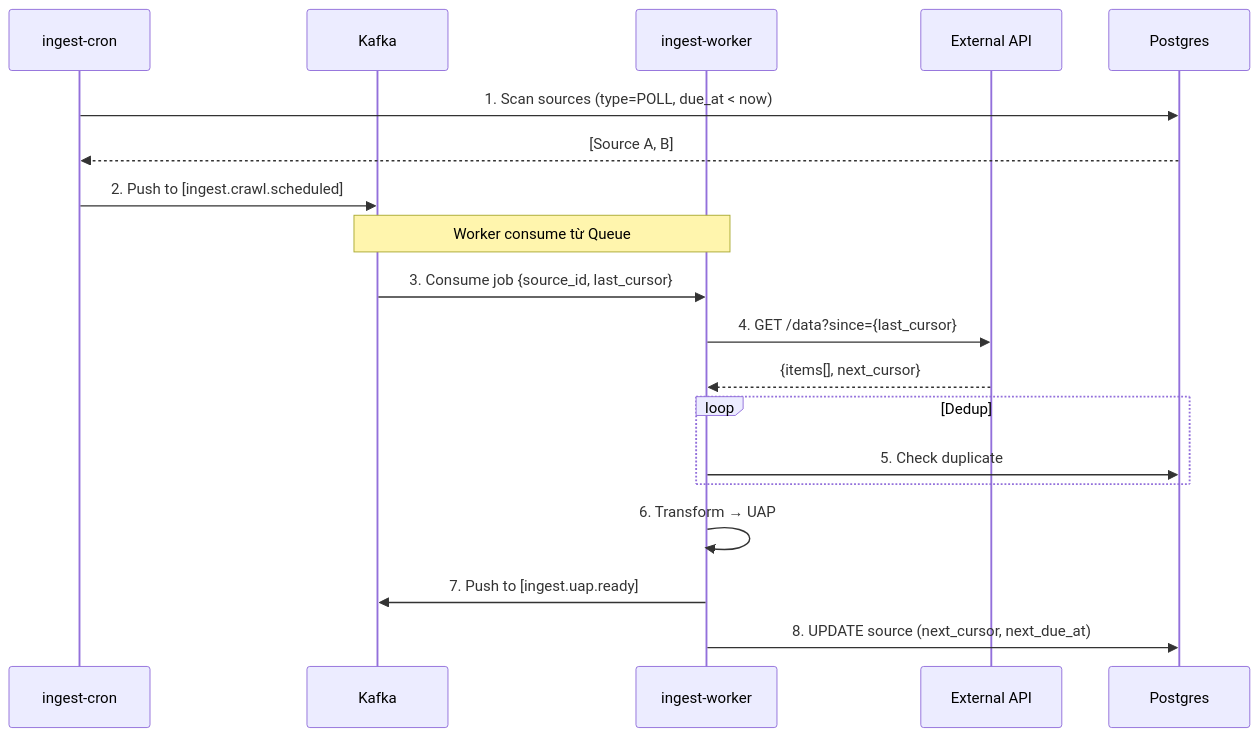
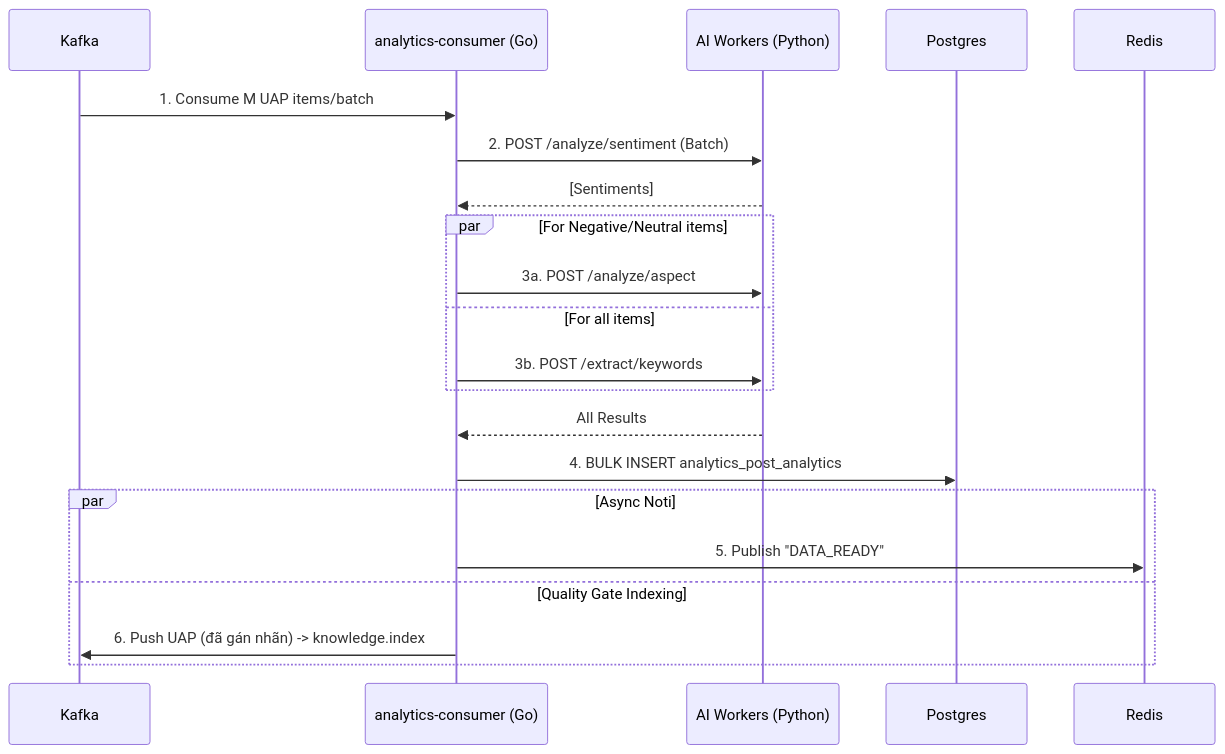
The sixth of 8 diagrams in documents/dataflow-detailed.md (smap-hcmut/report), drawn with Mermaid before and after one commit. The commit also changed other lines of this file and 1 other file, not shown here.

Commit message:
feat: Update data flow to v3.0, introduce new Auth and Analytics services, and implement the Campaign-Project-DataSource hierarchy.

````diff
--- a/documents/dataflow-detailed.md
+++ b/documents/dataflow-detailed.md
@@ -728,25 +242,29 @@
 ```mermaid
 sequenceDiagram
-    participant Cron as ingest-cron
     participant Kafka as Kafka
-    participant Worker as ingest-worker
-    participant ExtAPI as External API
-    participant DB as Postgres
-
-    Cron->>DB: 1. Scan sources (type=POLL, due_at < now)
-    DB-->>Cron: [Source A, B]
-    Cron->>Kafka: 2. Push to [ingest.crawl.scheduled]
-
-    Note over Kafka, Worker: Worker consume từ Queue
-    Kafka->>Worker: 3. Consume job {source_id, last_cursor}
-    Worker->>ExtAPI: 4. GET /data?since={last_cursor}
-    ExtAPI-->>Worker: {items[], next_cursor}
-
-    loop Dedup
-        Worker->>DB: 5. Check duplicate
+    participant Orchestrator as analytics-consumer (Go)
+    participant PyWorker as AI Workers (Python)
+    participant PG as Postgres
+    participant Redis as Redis
+    
+    Kafka->>Orchestrator: 1. Consume M UAP items/batch
+    
+    Orchestrator->>PyWorker: 2. POST /analyze/sentiment (Batch)
+    PyWorker-->>Orchestrator: [Sentiments]
+    
+    par For Negative/Neutral items
+        Orchestrator->>PyWorker: 3a. POST /analyze/aspect
+    and For all items
+        Orchestrator->>PyWorker: 3b. POST /extract/keywords
     end
-
-    Worker->>Worker: 6. Transform → UAP
-    Worker->>Kafka: 7. Push to [ingest.uap.ready]
-    Worker->>DB: 8. UPDATE source (next_cursor, next_due_at)
+    
+    PyWorker-->>Orchestrator: All Results
+    
+    Orchestrator->>PG: 4. BULK INSERT analytics_post_analytics
+    
+    par Async Noti
+        Orchestrator->>Redis: 5. Publish "DATA_READY"
+    and Quality Gate Indexing
+        Orchestrator->>Kafka: 6. Push UAP (đã gán nhãn) -> knowledge.index
+    end
 ```
````
